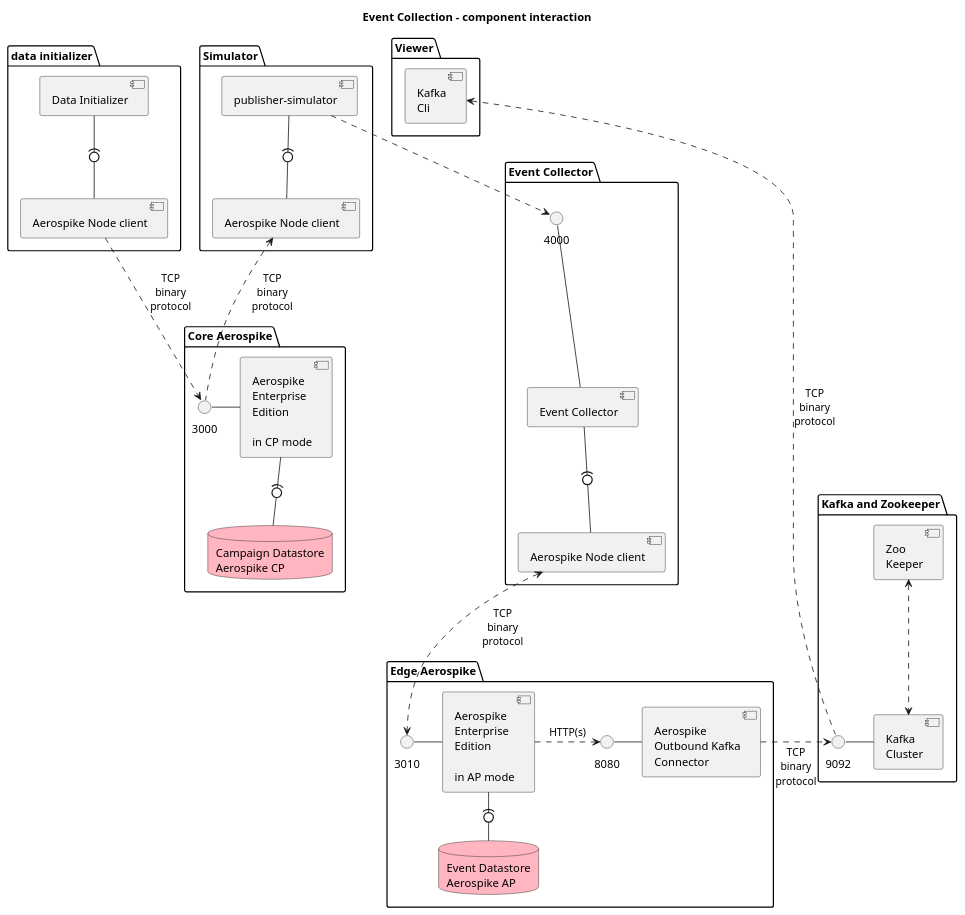
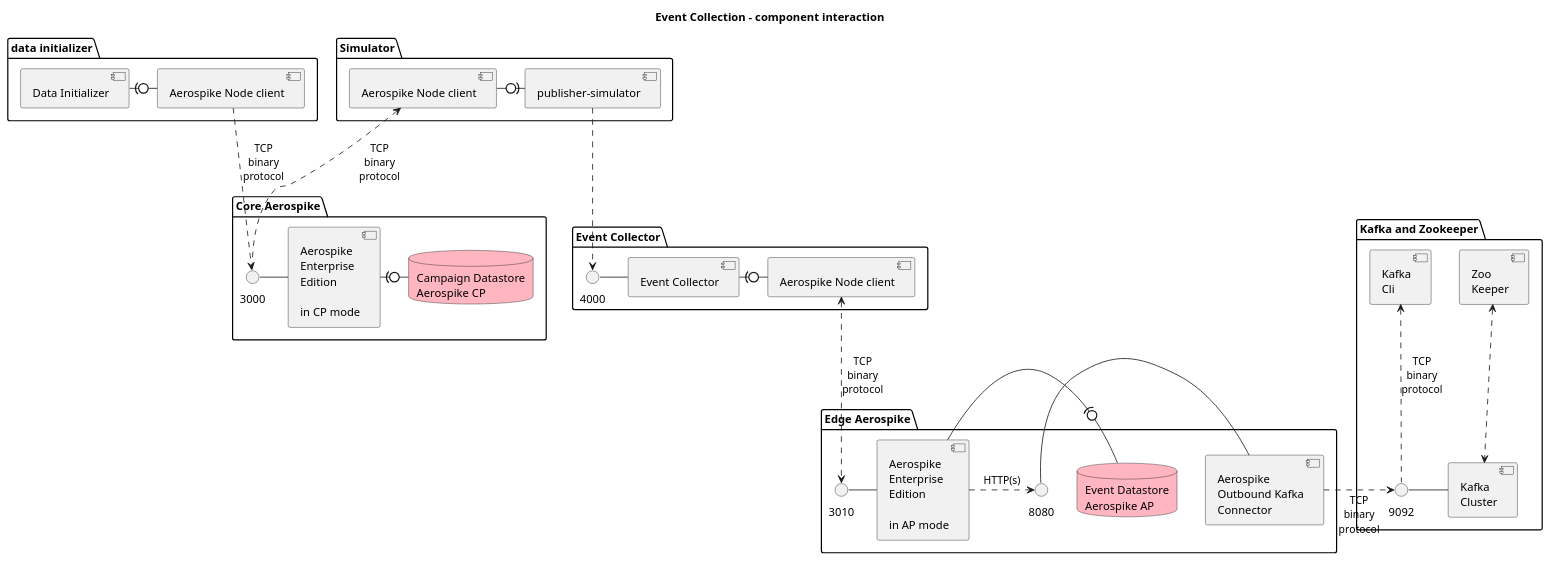
One commit to helipilot50/real-time-reporting-aerospike-kafka changed the diagram in architecture/edge-component-detail.puml. Above: the diagram before and after it, drawn with PlantUML. The commit also changed 1 other file, not shown here.

```diff
--- a/architecture/edge-component-detail.puml
+++ b/architecture/edge-component-detail.puml
@@ -1,72 +1,69 @@
 @startuml
 skinparam componentStyle uml2
 
 title Event Collection - component interaction
 
 together {
   package "data initializer" {
     component "Data Initializer" as dataInit
     component "Aerospike Node client" as asNode1
-    dataInit -(0- asNode1
+    dataInit -r(0- asNode1
   }
 
   package "Simulator" {
     component "publisher-simulator" as simulator
     component "Aerospike Node client" as asNode3
-    simulator -(0- asNode3
-  }
-
-  package "Viewer" {
-          component [Kafka\nCli] as kafCli
+    simulator -r(0- asNode3
   }
 }
 
 package "Event Collector" {
     () "4000" as ecSocket
     component "Event Collector" as eventEUuk
-    ecSocket -- eventEUuk
+    ecSocket - eventEUuk
     component "Aerospike Node client" as asNode2
-    eventEUuk -(0- asNode2
+    eventEUuk -r(0- asNode2
 }
 
 package "Edge Aerospike" {
     () "3010" as aseSocket
     component "Aerospike\nEnterprise\nEdition\n\nin AP mode" as asEdge
     aseSocket - asEdge
     database "Event Datastore\nAerospike AP" as edgeEUuk #LightPink
-    asEdge -(0- edgeEUuk
+    asEdge -r(0- edgeEUuk
     
     () "8080" as asOutbound
     component [Aerospike\nOutbound Kafka\nConnector] as asKafka
     asOutbound - asKafka
 
 }
 
 package "Core Aerospike" {
     () "3000" as ascSocket
     component "Aerospike\nEnterprise\nEdition\n\nin CP mode" as asCore
     ascSocket - asCore
     database "Campaign Datastore\nAerospike CP" as core #LightPink
-    asCore -(0- core
+    asCore -r(0- core
 }
 
 package "Kafka and Zookeeper" {
+    component [Kafka\nCli] as kafCli
     () "9092" as kafClient
     component [Kafka\nCluster] as kafCluster
     kafClient - kafCluster
 
     component [Zoo\nKeeper] as zookeeper
 }
 
 asNode1 ..> ascSocket: TCP\nbinary\nprotocol
 asNode3 <.. ascSocket: TCP\nbinary\nprotocol
 asNode2 <..> aseSocket: TCP\nbinary\nprotocol
 asEdge .r.> asOutbound: HTTP(s)
 asKafka .r.> kafClient: TCP\nbinary\nprotocol
 zookeeper <..> kafCluster
 simulator ..> ecSocket
 kafCli <.. kafClient: TCP\nbinary\nprotocol
 
 
 
 @enduml
```
